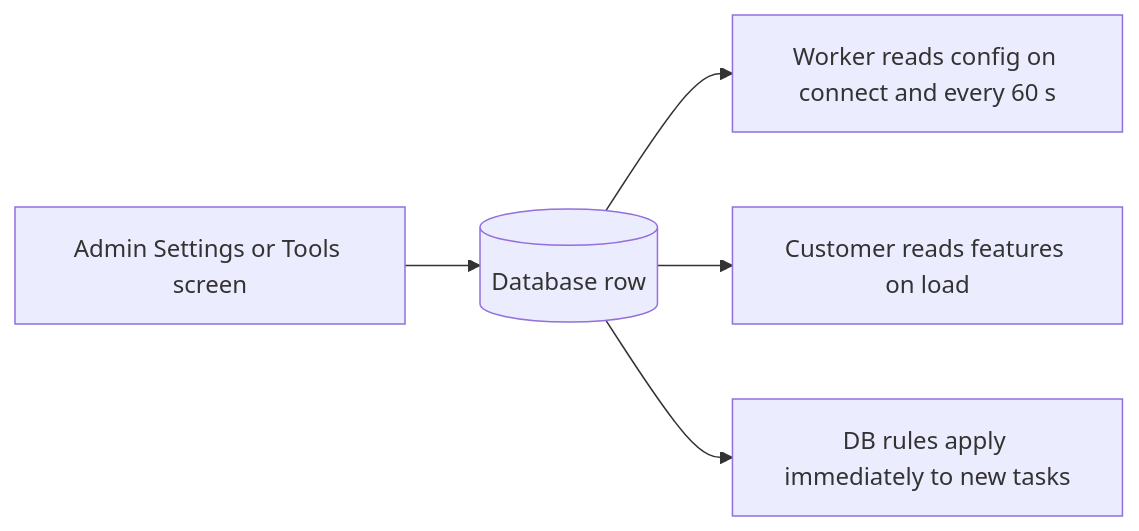
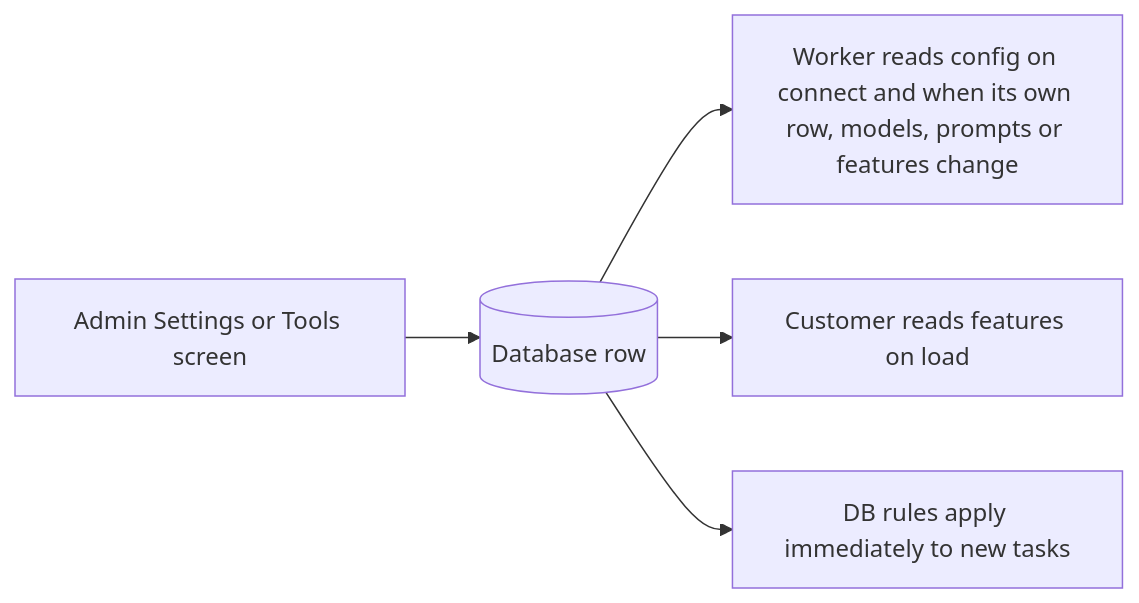
Diagram 13 of 14 in docs/FLOW.md (kambojsaab300/AI-Studio), drawn with Mermaid before and after one commit. The commit also changed other lines of this file and 11 other files, not shown here.

````diff
--- a/docs/FLOW.md
+++ b/docs/FLOW.md
@@ -272,7 +313,7 @@
 ```mermaid
 flowchart LR
     A[Admin Settings or Tools screen] --> B[(Database row)]
-    B --> C[Worker reads config on connect and every 60 s]
+    B --> C[Worker reads config on connect and when its own row, models, prompts or features change]
     B --> D[Customer reads features on load]
     B --> E[DB rules apply immediately to new tasks]
 ```
````
